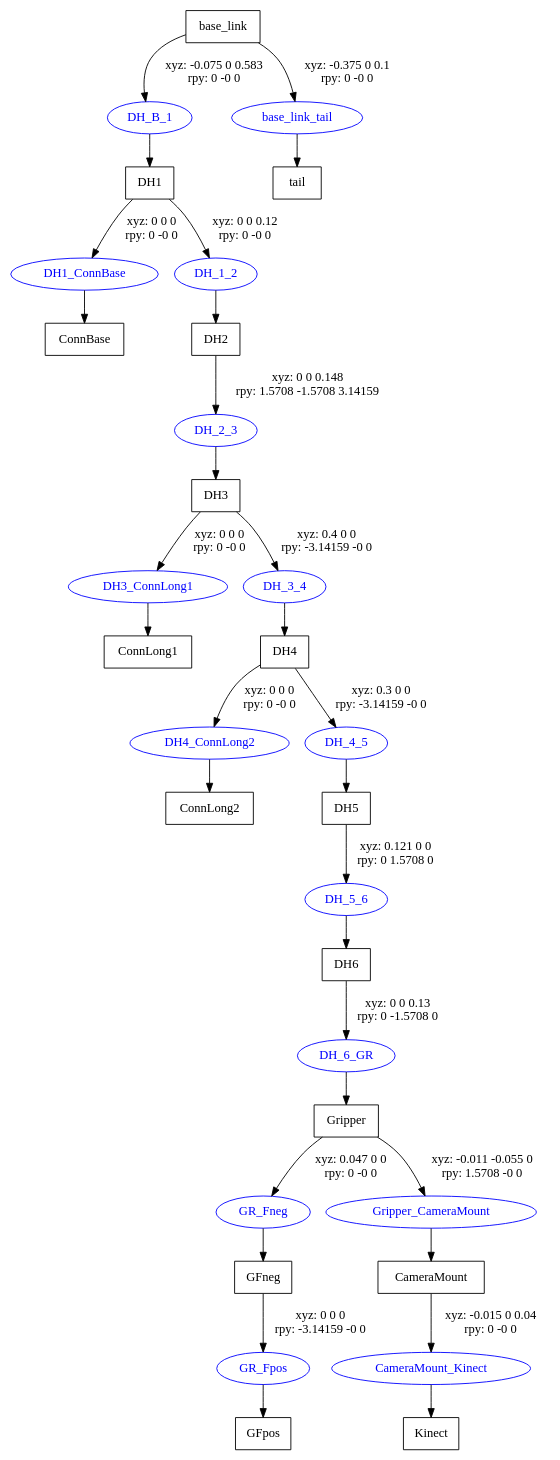
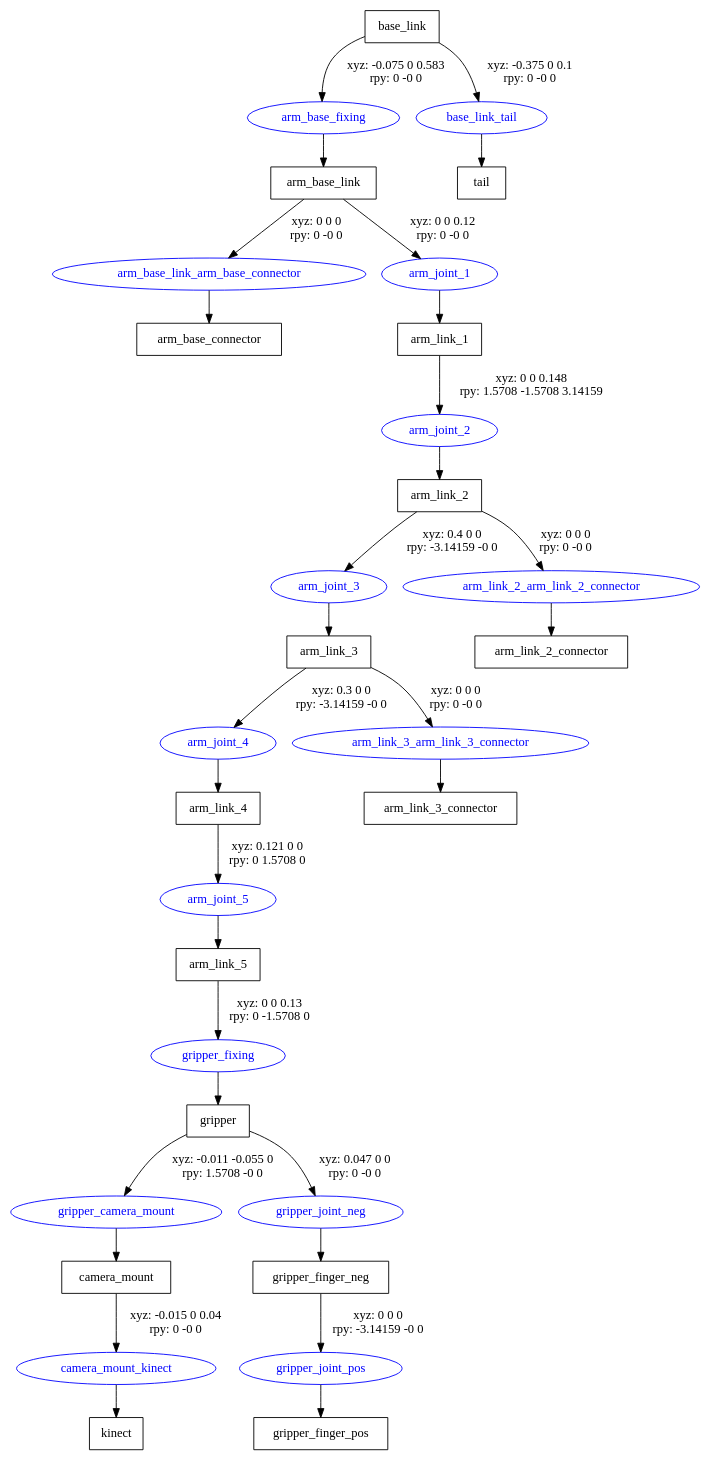
Before and after one commit to felix-kolbe/scitos_metralabs: the diagram in metralabs_ros/models/scitos_haw_schunk.gv, drawn with Graphviz. The commit also changed 6 other files, not shown here.

```diff
--- a/metralabs_ros/models/scitos_haw_schunk.gv
+++ b/metralabs_ros/models/scitos_haw_schunk.gv
@@ -1,50 +1,50 @@
 digraph G {
 node [shape=box];
 "base_link" [label="base_link"];
-"DH1" [label="DH1"];
-"ConnBase" [label="ConnBase"];
-"DH2" [label="DH2"];
-"DH3" [label="DH3"];
-"ConnLong1" [label="ConnLong1"];
-"DH4" [label="DH4"];
-"ConnLong2" [label="ConnLong2"];
-"DH5" [label="DH5"];
-"DH6" [label="DH6"];
-"Gripper" [label="Gripper"];
-"GFneg" [label="GFneg"];
-"GFpos" [label="GFpos"];
-"CameraMount" [label="CameraMount"];
-"Kinect" [label="Kinect"];
+"arm_base_link" [label="arm_base_link"];
+"arm_base_connector" [label="arm_base_connector"];
+"arm_link_1" [label="arm_link_1"];
+"arm_link_2" [label="arm_link_2"];
+"arm_link_3" [label="arm_link_3"];
+"arm_link_4" [label="arm_link_4"];
+"arm_link_5" [label="arm_link_5"];
+"gripper" [label="gripper"];
+"camera_mount" [label="camera_mount"];
+"kinect" [label="kinect"];
+"gripper_finger_neg" [label="gripper_finger_neg"];
+"gripper_finger_pos" [label="gripper_finger_pos"];
+"arm_link_3_connector" [label="arm_link_3_connector"];
+"arm_link_2_connector" [label="arm_link_2_connector"];
 "tail" [label="tail"];
 node [shape=ellipse, color=blue, fontcolor=blue];
-"base_link" -> "DH_B_1" [label="xyz: -0.075 0 0.583 \nrpy: 0 -0 0"]
-"DH_B_1" -> "DH1"
-"DH1" -> "DH1_ConnBase" [label="xyz: 0 0 0 \nrpy: 0 -0 0"]
-"DH1_ConnBase" -> "ConnBase"
-"DH1" -> "DH_1_2" [label="xyz: 0 0 0.12 \nrpy: 0 -0 0"]
-"DH_1_2" -> "DH2"
-"DH2" -> "DH_2_3" [label="xyz: 0 0 0.148 \nrpy: 1.5708 -1.5708 3.14159"]
-"DH_2_3" -> "DH3"
-"DH3" -> "DH3_ConnLong1" [label="xyz: 0 0 0 \nrpy: 0 -0 0"]
-"DH3_ConnLong1" -> "ConnLong1"
-"DH3" -> "DH_3_4" [label="xyz: 0.4 0 0 \nrpy: -3.14159 -0 0"]
-"DH_3_4" -> "DH4"
-"DH4" -> "DH4_ConnLong2" [label="xyz: 0 0 0 \nrpy: 0 -0 0"]
-"DH4_ConnLong2" -> "ConnLong2"
-"DH4" -> "DH_4_5" [label="xyz: 0.3 0 0 \nrpy: -3.14159 -0 0"]
-"DH_4_5" -> "DH5"
-"DH5" -> "DH_5_6" [label="xyz: 0.121 0 0 \nrpy: 0 1.5708 0"]
-"DH_5_6" -> "DH6"
-"DH6" -> "DH_6_GR" [label="xyz: 0 0 0.13 \nrpy: 0 -1.5708 0"]
-"DH_6_GR" -> "Gripper"
-"Gripper" -> "GR_Fneg" [label="xyz: 0.047 0 0 \nrpy: 0 -0 0"]
-"GR_Fneg" -> "GFneg"
-"GFneg" -> "GR_Fpos" [label="xyz: 0 0 0 \nrpy: -3.14159 -0 0"]
-"GR_Fpos" -> "GFpos"
-"Gripper" -> "Gripper_CameraMount" [label="xyz: -0.011 -0.055 0 \nrpy: 1.5708 -0 0"]
-"Gripper_CameraMount" -> "CameraMount"
-"CameraMount" -> "CameraMount_Kinect" [label="xyz: -0.015 0 0.04 \nrpy: 0 -0 0"]
-"CameraMount_Kinect" -> "Kinect"
+"base_link" -> "arm_base_fixing" [label="xyz: -0.075 0 0.583 \nrpy: 0 -0 0"]
+"arm_base_fixing" -> "arm_base_link"
+"arm_base_link" -> "arm_base_link_arm_base_connector" [label="xyz: 0 0 0 \nrpy: 0 -0 0"]
+"arm_base_link_arm_base_connector" -> "arm_base_connector"
+"arm_base_link" -> "arm_joint_1" [label="xyz: 0 0 0.12 \nrpy: 0 -0 0"]
+"arm_joint_1" -> "arm_link_1"
+"arm_link_1" -> "arm_joint_2" [label="xyz: 0 0 0.148 \nrpy: 1.5708 -1.5708 3.14159"]
+"arm_joint_2" -> "arm_link_2"
+"arm_link_2" -> "arm_joint_3" [label="xyz: 0.4 0 0 \nrpy: -3.14159 -0 0"]
+"arm_joint_3" -> "arm_link_3"
+"arm_link_3" -> "arm_joint_4" [label="xyz: 0.3 0 0 \nrpy: -3.14159 -0 0"]
+"arm_joint_4" -> "arm_link_4"
+"arm_link_4" -> "arm_joint_5" [label="xyz: 0.121 0 0 \nrpy: 0 1.5708 0"]
+"arm_joint_5" -> "arm_link_5"
+"arm_link_5" -> "gripper_fixing" [label="xyz: 0 0 0.13 \nrpy: 0 -1.5708 0"]
+"gripper_fixing" -> "gripper"
+"gripper" -> "gripper_camera_mount" [label="xyz: -0.011 -0.055 0 \nrpy: 1.5708 -0 0"]
+"gripper_camera_mount" -> "camera_mount"
+"camera_mount" -> "camera_mount_kinect" [label="xyz: -0.015 0 0.04 \nrpy: 0 -0 0"]
+"camera_mount_kinect" -> "kinect"
+"gripper" -> "gripper_joint_neg" [label="xyz: 0.047 0 0 \nrpy: 0 -0 0"]
+"gripper_joint_neg" -> "gripper_finger_neg"
+"gripper_finger_neg" -> "gripper_joint_pos" [label="xyz: 0 0 0 \nrpy: -3.14159 -0 0"]
+"gripper_joint_pos" -> "gripper_finger_pos"
+"arm_link_3" -> "arm_link_3_arm_link_3_connector" [label="xyz: 0 0 0 \nrpy: 0 -0 0"]
+"arm_link_3_arm_link_3_connector" -> "arm_link_3_connector"
+"arm_link_2" -> "arm_link_2_arm_link_2_connector" [label="xyz: 0 0 0 \nrpy: 0 -0 0"]
+"arm_link_2_arm_link_2_connector" -> "arm_link_2_connector"
 "base_link" -> "base_link_tail" [label="xyz: -0.375 0 0.1 \nrpy: 0 -0 0"]
 "base_link_tail" -> "tail"
 }
```
